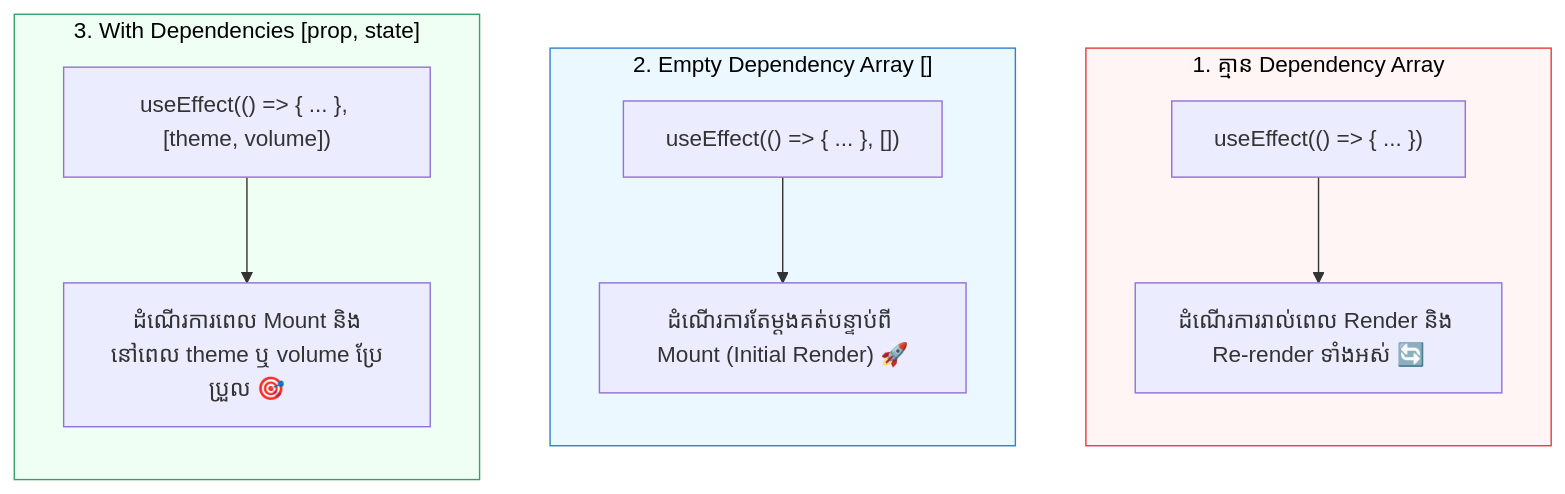
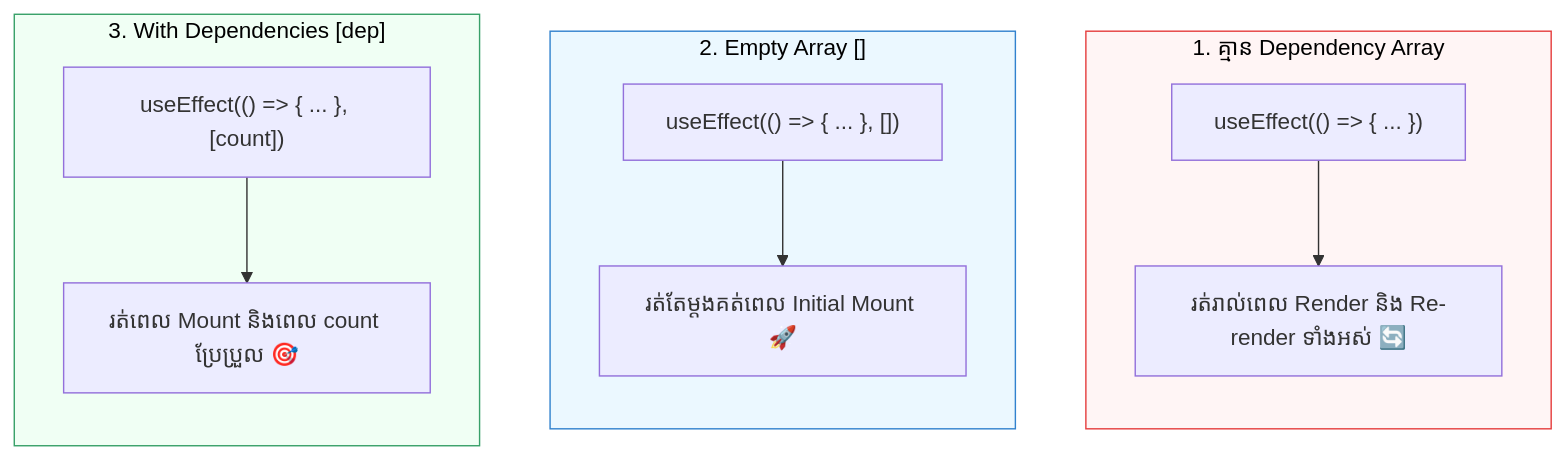
Before and after one commit to Ari-ICU/full-stack-short-coures: the diagram in src/courses/react/module-4-useeffect/02-dependency-array-rules.mdx, drawn with Mermaid. The commit also changed other lines of this file and 52 other files, not shown here.

````diff
--- a/src/courses/react/module-4-useeffect/02-dependency-array-rules.mdx
+++ b/src/courses/react/module-4-useeffect/02-dependency-array-rules.mdx
@@ -34,21 +24,21 @@
 ```mermaid
 flowchart TD
     subgraph Mode1["1. គ្មាន Dependency Array"]
         direction TB
-        M1A["useEffect(() => { ... })"] --> M1B["ដំណើរការរាល់ពេល Render និង Re-render ទាំងអស់ 🔄"]
+        M1A["useEffect(() => { ... })"] --> M1B["រត់រាល់ពេល Render និង Re-render ទាំងអស់ 🔄"]
     end
 
-    subgraph Mode2["2. Empty Dependency Array []"]
+    subgraph Mode2["2. Empty Array []"]
         direction TB
-        M2A["useEffect(() => { ... }, [])"] --> M2B["ដំណើរការតែម្តងគត់បន្ទាប់ពី Mount (Initial Render) 🚀"]
+        M2A["useEffect(() => { ... }, [])"] --> M2B["រត់តែម្តងគត់ពេល Initial Mount 🚀"]
     end
 
-    subgraph Mode3["3. With Dependencies [prop, state]"]
+    subgraph Mode3["3. With Dependencies [dep]"]
         direction TB
-        M3A["useEffect(() => { ... }, [theme, volume])"] --> M3B["ដំណើរការពេល Mount និងនៅពេល theme ឬ volume ប្រែប្រួល 🎯"]
+        M3A["useEffect(() => { ... }, [count])"] --> M3B["រត់ពេល Mount និងពេល count ប្រែប្រួល 🎯"]
     end
 
     style Mode1 fill:#fff5f5,stroke:#e53e3e,color:#000
     style Mode2 fill:#ebf8ff,stroke:#3182ce,color:#000
     style Mode3 fill:#f0fff4,stroke:#38a169,color:#000
 ```
````
